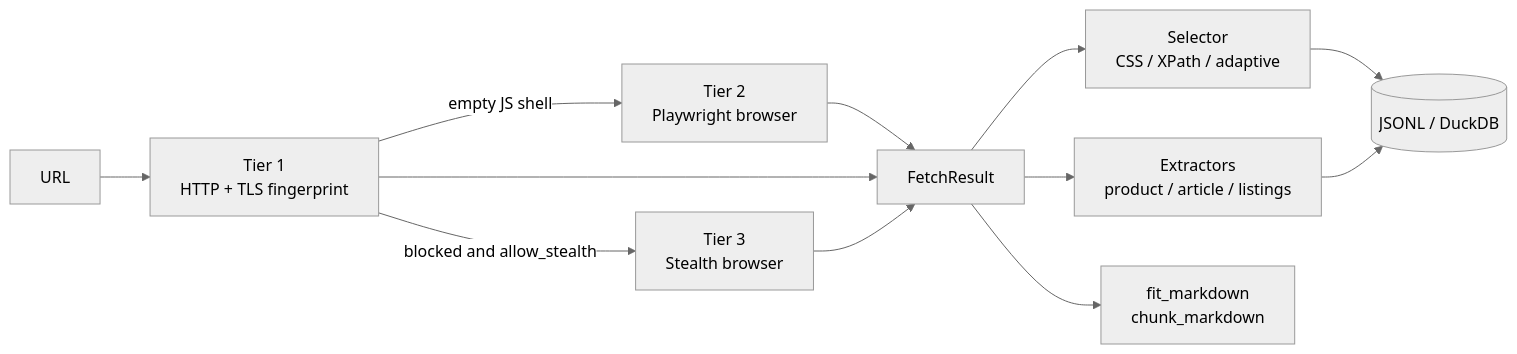
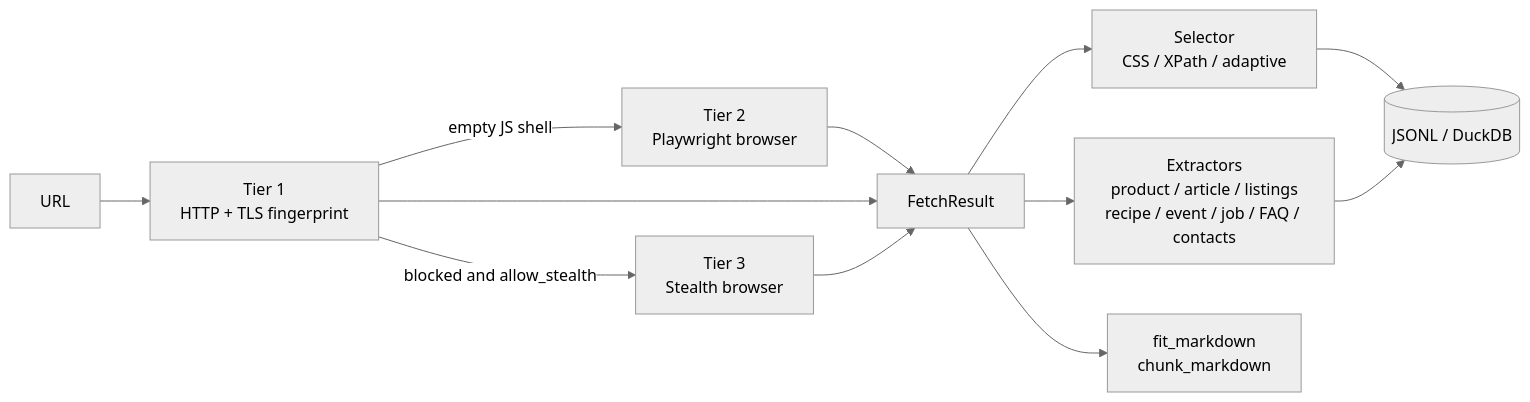
One commit to loganathan-ai-dev/Omni-Scrape changed the diagram in README.md. Above: the diagram before and after it, drawn with Mermaid (neutral theme). The commit also changed other lines of this file and 47 other files, not shown here.

````diff
--- a/README.md
+++ b/README.md
@@ -65,14 +66,14 @@
 ```mermaid
 flowchart LR
     U[URL] --> F1[Tier 1<br/>HTTP + TLS fingerprint]
     F1 -->|empty JS shell| F2[Tier 2<br/>Playwright browser]
     F1 -->|blocked and allow_stealth| F3[Tier 3<br/>Stealth browser]
     F2 --> R[FetchResult]
     F1 --> R
     F3 --> R
     R --> P[Selector<br/>CSS / XPath / adaptive]
-    R --> X[Extractors<br/>product / article / listings]
+    R --> X[Extractors<br/>product / article / listings<br/>recipe / event / job / FAQ / contacts]
     R --> M[fit_markdown<br/>chunk_markdown]
     P --> S[(JSONL / DuckDB)]
     X --> S
 ```
````
